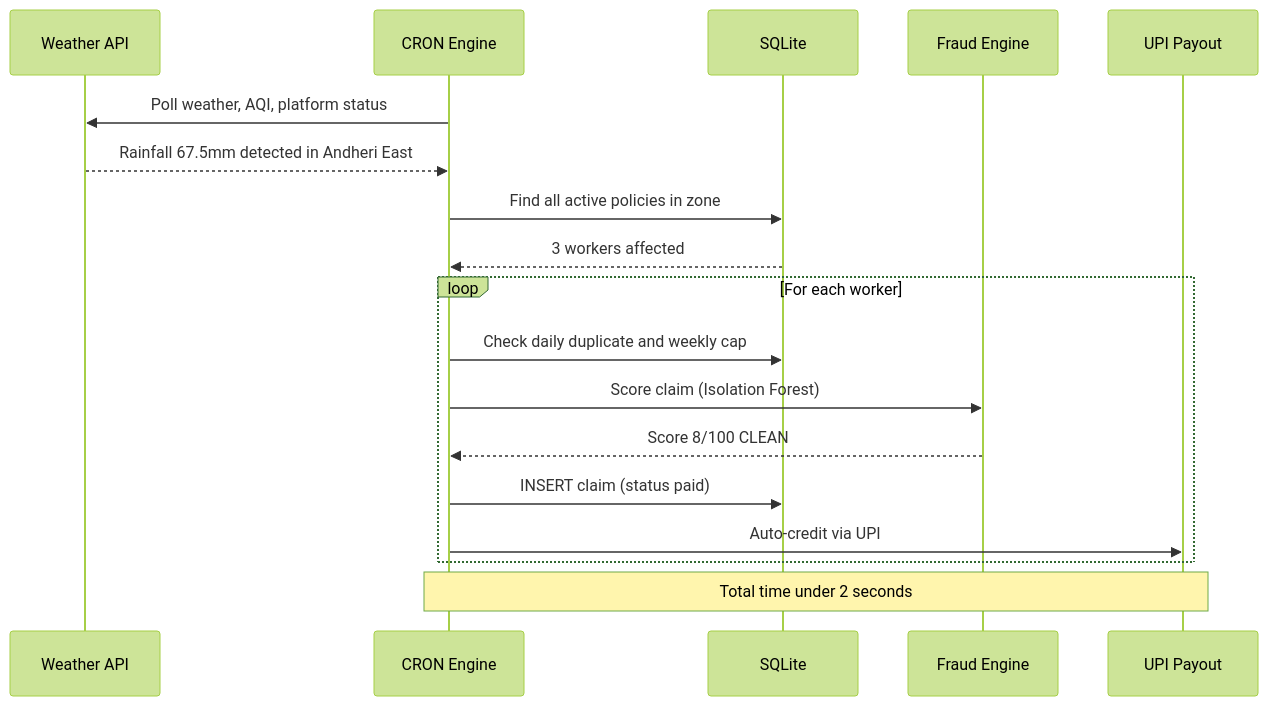
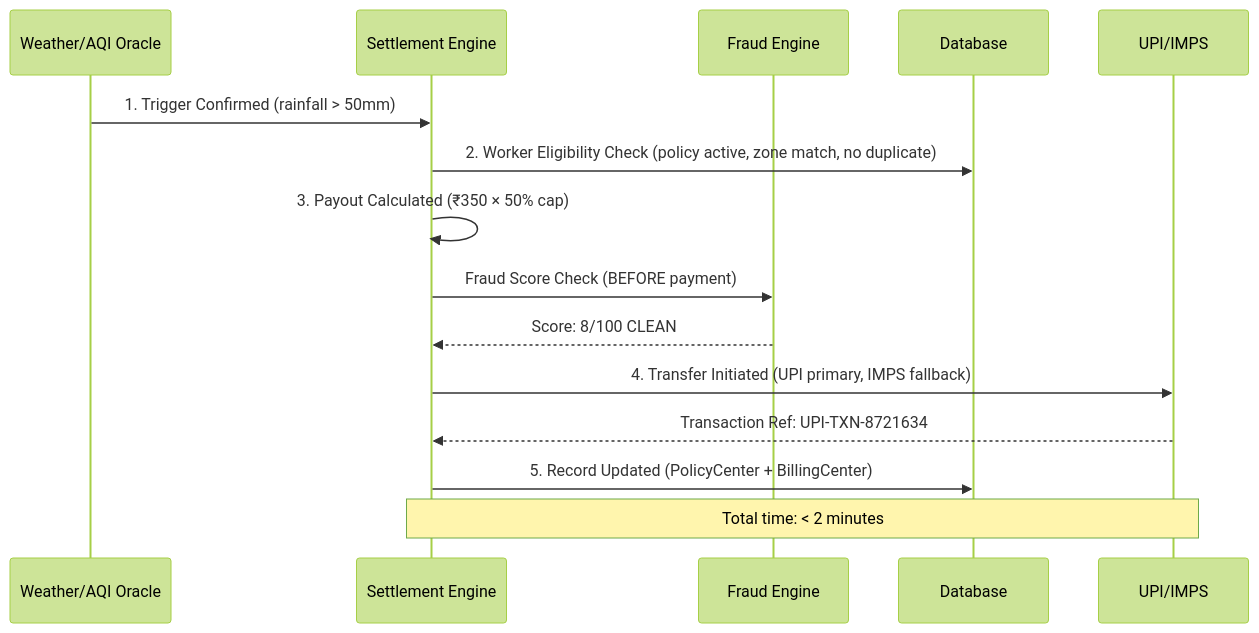
The second of 3 diagrams in README.md (atul-upadhyay-7/ShiftSafe-DT), drawn with Mermaid (forest theme) before and after one commit. The commit also changed other lines of this file and 29 other files, not shown here.

````diff
--- a/README.md
+++ b/README.md
@@ -230,21 +324,18 @@
 ```mermaid
 sequenceDiagram
-    participant W as Weather API
-    participant C as CRON Engine
-    participant DB as SQLite
-    participant F as Fraud Engine
-    participant P as UPI Payout
+    participant API as Weather/AQI Oracle
+    participant SE as Settlement Engine
+    participant FE as Fraud Engine
+    participant DB as Database
+    participant UPI as UPI/IMPS
 
-    C->>W: Poll weather, AQI, platform status
-    W-->>C: Rainfall 67.5mm detected in Andheri East
-    C->>DB: Find all active policies in zone
-    DB-->>C: 3 workers affected
-    loop For each worker
-        C->>DB: Check daily duplicate and weekly cap
-        C->>F: Score claim (Isolation Forest)
-        F-->>C: Score 8/100 CLEAN
-        C->>DB: INSERT claim (status paid)
-        C->>P: Auto-credit via UPI
-    end
-    Note over C,P: Total time under 2 seconds
+    API->>SE: 1. Trigger Confirmed (rainfall > 50mm)
+    SE->>DB: 2. Worker Eligibility Check (policy active, zone match, no duplicate)
+    SE->>SE: 3. Payout Calculated (₹350 × 50% cap)
+    SE->>FE: Fraud Score Check (BEFORE payment)
+    FE-->>SE: Score: 8/100 CLEAN
+    SE->>UPI: 4. Transfer Initiated (UPI primary, IMPS fallback)
+    UPI-->>SE: Transaction Ref: UPI-TXN-8721634
+    SE->>DB: 5. Record Updated (PolicyCenter + BillingCenter)
+    Note over SE,UPI: Total time: < 2 minutes
 ```
````
